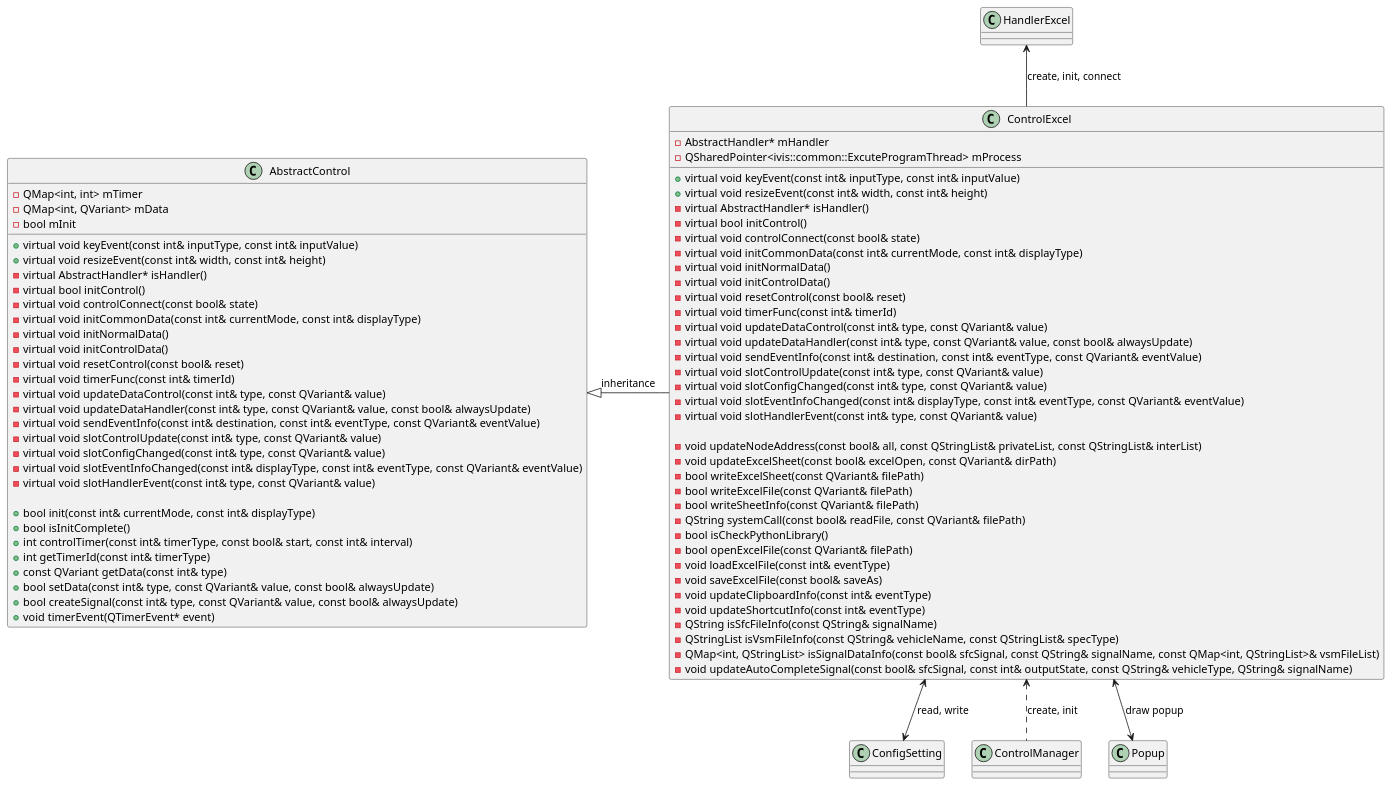
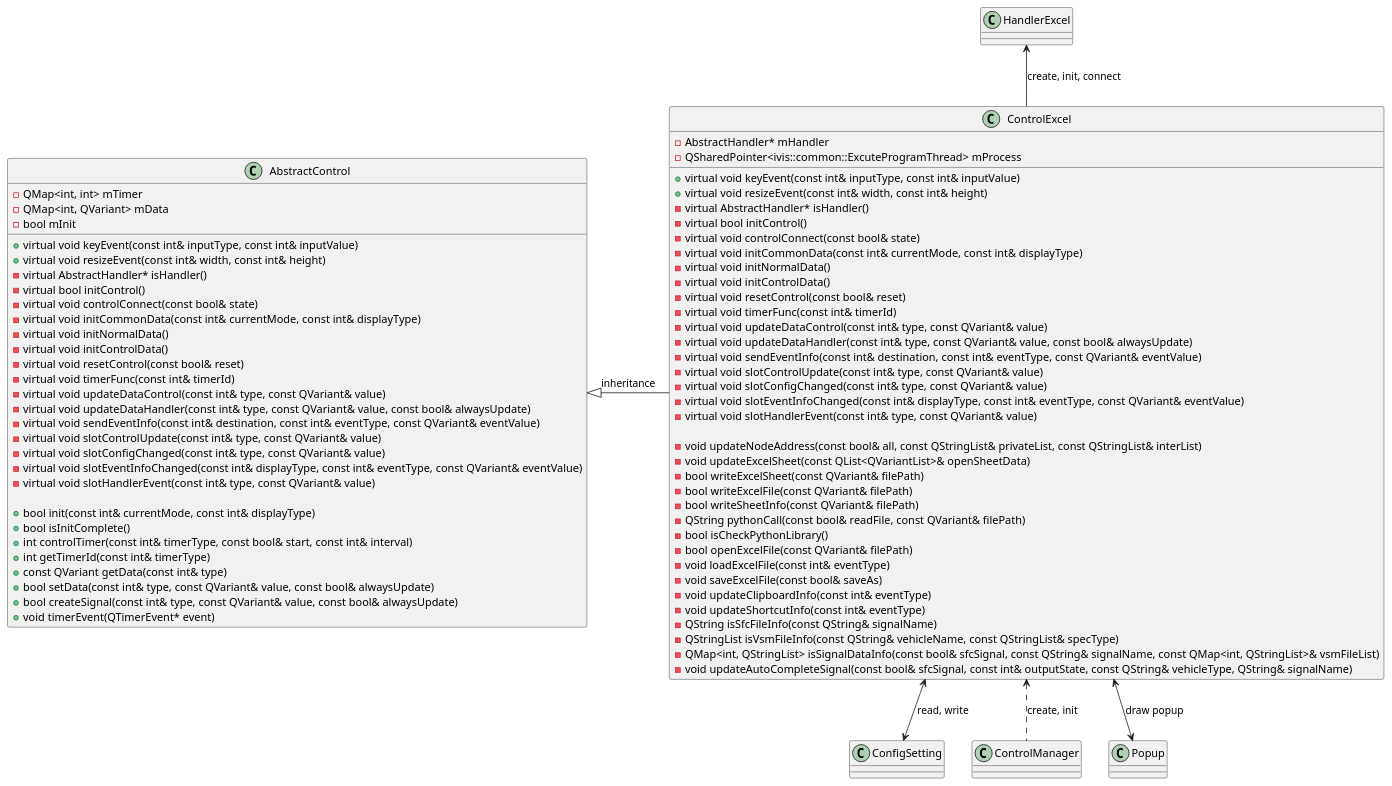
The diagram in Diagram/022_Excel/ClassDiagram_ExcelControl.plantuml (rlarudgh1997/Application), drawn with PlantUML before and after one commit. The commit also changed 22 other files, not shown here.

```diff
--- a/Diagram/022_Excel/ClassDiagram_ExcelControl.plantuml
+++ b/Diagram/022_Excel/ClassDiagram_ExcelControl.plantuml
@@ -1,86 +1,86 @@
 @startuml
 
 ' AbstractControl 클래스 정의
 class AbstractControl {
     +virtual void keyEvent(const int& inputType, const int& inputValue)
     +virtual void resizeEvent(const int& width, const int& height)
     -virtual AbstractHandler* isHandler()
     -virtual bool initControl()
     -virtual void controlConnect(const bool& state)
     -virtual void initCommonData(const int& currentMode, const int& displayType)
     -virtual void initNormalData()
     -virtual void initControlData()
     -virtual void resetControl(const bool& reset)
     -virtual void timerFunc(const int& timerId)
     -virtual void updateDataControl(const int& type, const QVariant& value)
     -virtual void updateDataHandler(const int& type, const QVariant& value, const bool& alwaysUpdate)
     -virtual void sendEventInfo(const int& destination, const int& eventType, const QVariant& eventValue)
     -virtual void slotControlUpdate(const int& type, const QVariant& value)
     -virtual void slotConfigChanged(const int& type, const QVariant& value)
     -virtual void slotEventInfoChanged(const int& displayType, const int& eventType, const QVariant& eventValue)
     -virtual void slotHandlerEvent(const int& type, const QVariant& value)
 
     +bool init(const int& currentMode, const int& displayType)
     +bool isInitComplete()
     +int controlTimer(const int& timerType, const bool& start, const int& interval)
     +int getTimerId(const int& timerType)
     +const QVariant getData(const int& type)
     +bool setData(const int& type, const QVariant& value, const bool& alwaysUpdate)
     +bool createSignal(const int& type, const QVariant& value, const bool& alwaysUpdate)
     +void timerEvent(QTimerEvent* event)
 
     -QMap<int, int> mTimer
     -QMap<int, QVariant> mData
     -bool mInit
 }
 
 ' ControlExcel 클래스 정의
 class ControlExcel {
     +virtual void keyEvent(const int& inputType, const int& inputValue)
     +virtual void resizeEvent(const int& width, const int& height)
     -virtual AbstractHandler* isHandler()
     -virtual bool initControl()
     -virtual void controlConnect(const bool& state)
     -virtual void initCommonData(const int& currentMode, const int& displayType)
     -virtual void initNormalData()
     -virtual void initControlData()
     -virtual void resetControl(const bool& reset)
     -virtual void timerFunc(const int& timerId)
     -virtual void updateDataControl(const int& type, const QVariant& value)
     -virtual void updateDataHandler(const int& type, const QVariant& value, const bool& alwaysUpdate)
     -virtual void sendEventInfo(const int& destination, const int& eventType, const QVariant& eventValue)
     -virtual void slotControlUpdate(const int& type, const QVariant& value)
     -virtual void slotConfigChanged(const int& type, const QVariant& value)
     -virtual void slotEventInfoChanged(const int& displayType, const int& eventType, const QVariant& eventValue)
     -virtual void slotHandlerEvent(const int& type, const QVariant& value)
 
     -void updateNodeAddress(const bool& all, const QStringList& privateList, const QStringList& interList)
-    -void updateExcelSheet(const bool& excelOpen, const QVariant& dirPath)
+    -void updateExcelSheet(const QList<QVariantList>& openSheetData)
     -bool writeExcelSheet(const QVariant& filePath)
     -bool writeExcelFile(const QVariant& filePath)
     -bool writeSheetInfo(const QVariant& filePath)
-    -QString systemCall(const bool& readFile, const QVariant& filePath)
+    -QString pythonCall(const bool& readFile, const QVariant& filePath)
     -bool isCheckPythonLibrary()
     -bool openExcelFile(const QVariant& filePath)
     -void loadExcelFile(const int& eventType)
     -void saveExcelFile(const bool& saveAs)
     -void updateClipboardInfo(const int& eventType)
     -void updateShortcutInfo(const int& eventType)
     -QString isSfcFileInfo(const QString& signalName)
     -QStringList isVsmFileInfo(const QString& vehicleName, const QStringList& specType)
     -QMap<int, QStringList> isSignalDataInfo(const bool& sfcSignal, const QString& signalName, const QMap<int, QStringList>& vsmFileList)
     -void updateAutoCompleteSignal(const bool& sfcSignal, const int& outputState, const QString& vehicleType, QString& signalName)
 
     -AbstractHandler* mHandler
     -QSharedPointer<ivis::common::ExcuteProgramThread> mProcess
 }
 
 
 ' 클래스 간의 관계 정의
 AbstractControl <|- ControlExcel : inheritance
 HandlerExcel <-- ControlExcel : create, init, connect
 ControlExcel <--> ConfigSetting : read, write
 ControlExcel <.. ControlManager : create, init
 ControlExcel <--> Popup : draw popup
 
 @enduml
```
